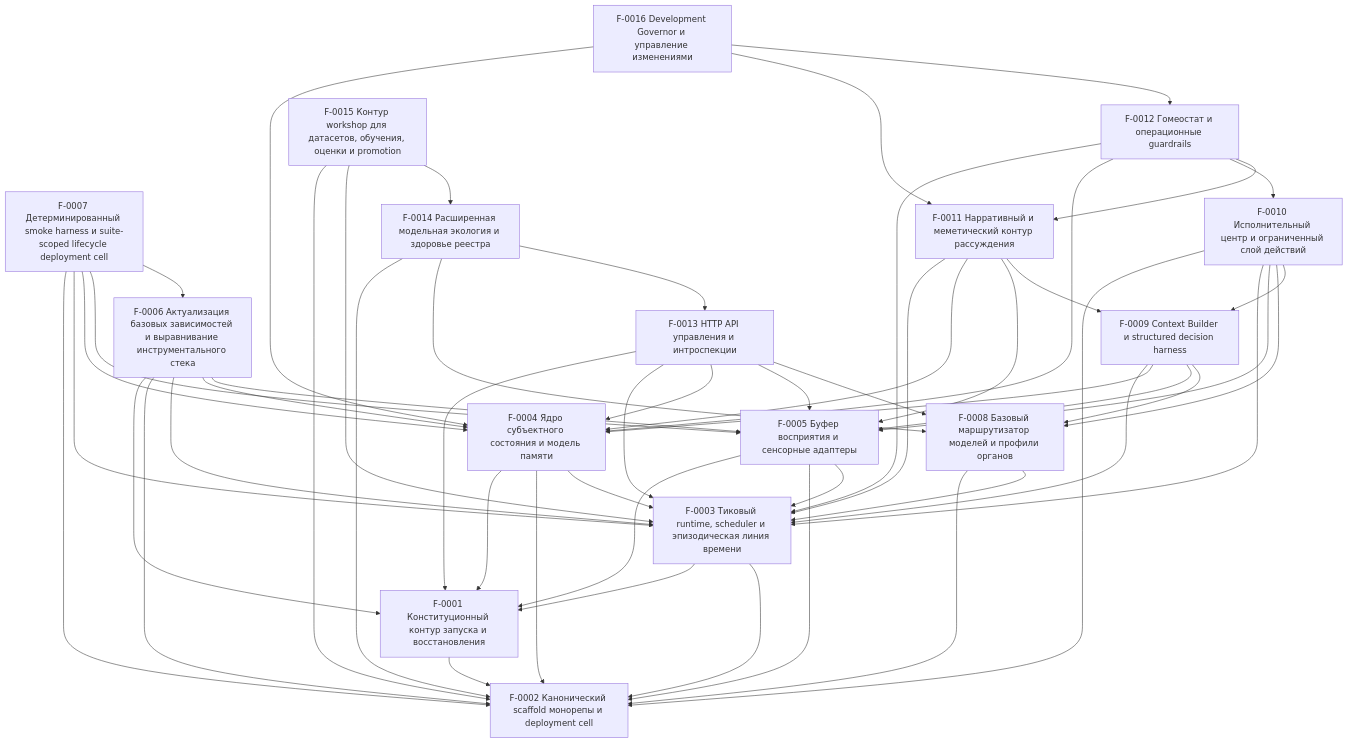
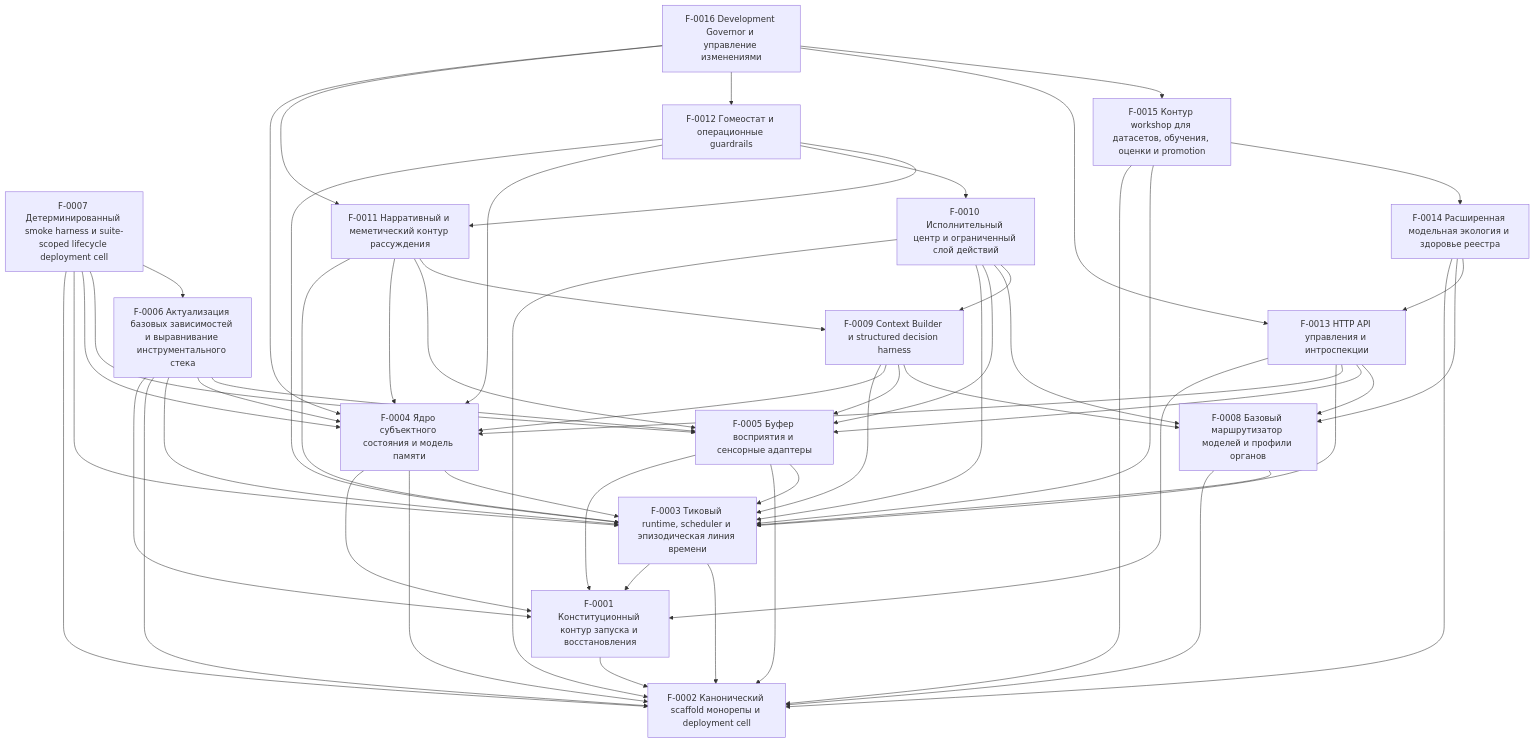
One commit to kostysh/yaagi changed the diagram in docs/ssot/index.md. Above: the diagram before and after it, drawn with Mermaid. The commit also changed other lines of this file and 17 other files, not shown here.

````diff
--- a/docs/ssot/index.md
+++ b/docs/ssot/index.md
@@ -34,71 +34,73 @@
 ```mermaid
 graph TD
   F0001["F-0001 Конституционный контур запуска и восстановления"]
   F0002["F-0002 Канонический scaffold монорепы и deployment cell"]
   F0003["F-0003 Тиковый runtime, scheduler и эпизодическая линия времени"]
   F0004["F-0004 Ядро субъектного состояния и модель памяти"]
   F0005["F-0005 Буфер восприятия и сенсорные адаптеры"]
   F0006["F-0006 Актуализация базовых зависимостей и выравнивание инструментального стека"]
   F0007["F-0007 Детерминированный smoke harness и suite-scoped lifecycle deployment cell"]
   F0008["F-0008 Базовый маршрутизатор моделей и профили органов"]
   F0009["F-0009 Context Builder и structured decision harness"]
   F0010["F-0010 Исполнительный центр и ограниченный слой действий"]
   F0011["F-0011 Нарративный и меметический контур рассуждения"]
   F0012["F-0012 Гомеостат и операционные guardrails"]
   F0013["F-0013 HTTP API управления и интроспекции"]
   F0014["F-0014 Расширенная модельная экология и здоровье реестра"]
   F0015["F-0015 Контур workshop для датасетов, обучения, оценки и promotion"]
   F0016["F-0016 Development Governor и управление изменениями"]
   F0001 --> F0002
   F0003 --> F0001
   F0003 --> F0002
   F0004 --> F0001
   F0004 --> F0002
   F0004 --> F0003
   F0005 --> F0001
   F0005 --> F0002
   F0005 --> F0003
   F0006 --> F0001
   F0006 --> F0002
   F0006 --> F0003
   F0006 --> F0004
   F0006 --> F0005
   F0007 --> F0002
   F0007 --> F0003
   F0007 --> F0004
   F0007 --> F0005
   F0007 --> F0006
   F0008 --> F0002
   F0008 --> F0003
   F0009 --> F0003
   F0009 --> F0004
   F0009 --> F0005
   F0009 --> F0008
   F0010 --> F0002
   F0010 --> F0003
   F0010 --> F0005
   F0010 --> F0008
   F0010 --> F0009
   F0011 --> F0003
   F0011 --> F0004
   F0011 --> F0005
   F0011 --> F0009
   F0012 --> F0003
   F0012 --> F0004
   F0012 --> F0010
   F0012 --> F0011
   F0013 --> F0001
   F0013 --> F0003
   F0013 --> F0004
   F0013 --> F0005
   F0013 --> F0008
   F0014 --> F0002
   F0014 --> F0008
   F0014 --> F0013
   F0015 --> F0002
   F0015 --> F0003
   F0015 --> F0014
   F0016 --> F0004
   F0016 --> F0011
   F0016 --> F0012
+  F0016 --> F0013
+  F0016 --> F0015
 ```
````
